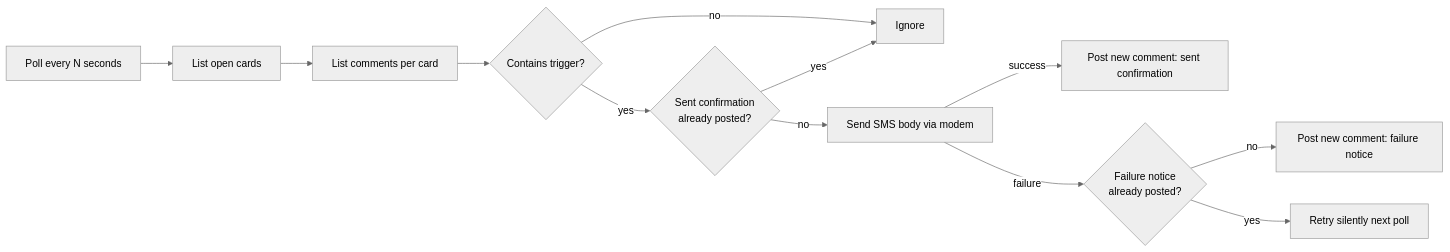
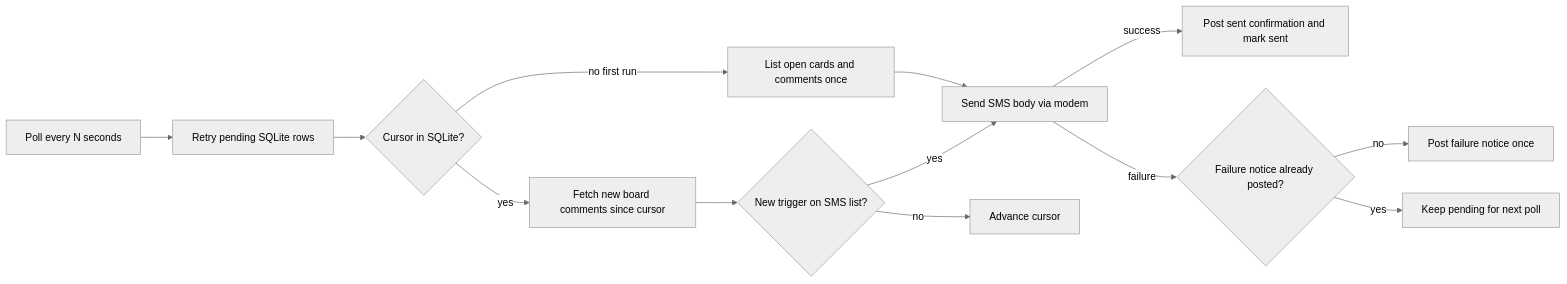
The second of 2 diagrams in README.md (CaenFalaisePlaneurs/pi-sms), drawn with Mermaid (neutral theme) before and after one commit. The commit also changed other lines of this file and 12 other files, not shown here.

First line of the commit message:
Implement SQLite persistence for SMS reply state management

````diff
--- a/README.md
+++ b/README.md
@@ -74,14 +74,15 @@
 ```mermaid
 flowchart LR
-  sched2["Poll every N seconds"] --> cards["List open cards"]
-  cards --> comments["List comments per card"]
-  comments --> trig{"Contains trigger?"}
-  trig -->|"no"| ignore["Ignore"]
-  trig -->|"yes"| sent{"Sent confirmation\nalready posted?"}
-  sent -->|"yes"| ignore
-  sent -->|"no"| send["Send SMS body via modem"]
-  send -->|"success"| postok["Post new comment: sent confirmation"]
-  send -->|"failure"| notice{"Failure notice\nalready posted?"}
-  notice -->|"no"| postfail["Post new comment: failure notice"]
-  notice -->|"yes"| silent["Retry silently next poll"]
+  sched2["Poll every N seconds"] --> retry["Retry pending SQLite rows"]
+  retry --> cursor{"Cursor in SQLite?"}
+  cursor -->|"no first run"| bootstrap["List open cards and comments once"]
+  bootstrap --> send
+  cursor -->|"yes"| actions["Fetch new board comments since cursor"]
+  actions --> trig{"New trigger on SMS list?"}
+  trig -->|"no"| ignore["Advance cursor"]
+  trig -->|"yes"| send["Send SMS body via modem"]
+  send -->|"success"| postok["Post sent confirmation and mark sent"]
+  send -->|"failure"| notice{"Failure notice already posted?"}
+  notice -->|"no"| postfail["Post failure notice once"]
+  notice -->|"yes"| silent["Keep pending for next poll"]
 ```
````
